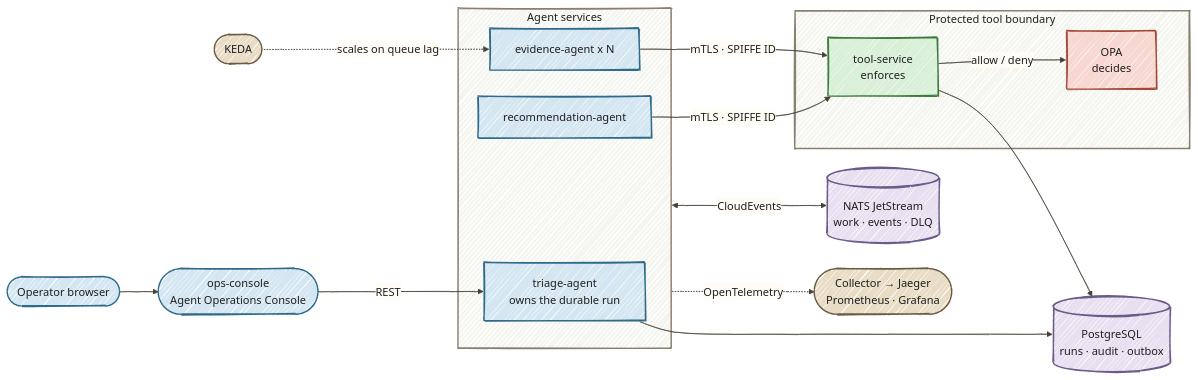
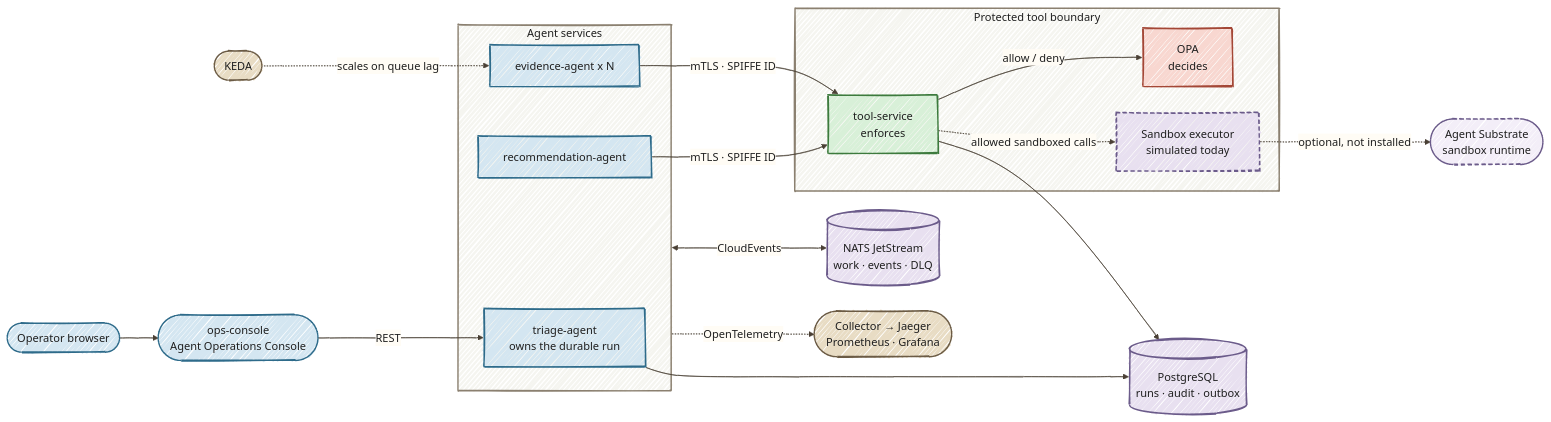
One commit to danieloh30/many-agents-one-platform changed the diagram in README.md. Above: the diagram before and after it, drawn with Mermaid. The commit also changed 1 other file, not shown here.

Commit message:
Show the sandbox executor in the architecture overview
The overview diagrams on the tutorial landing page and in the README now show the sandbox executor behind tool-service, marked as simulated, and Agent Substrate as an optional runtime that is not installed. The building-block table lists both.

````diff
--- a/README.md
+++ b/README.md
@@ -31,39 +31,44 @@
 ```mermaid
 %%{init: {"look":"handDrawn","theme":"base","themeVariables":{"darkMode":false,"background":"#FFFCF5","primaryColor":"#D4E6F1","primaryBorderColor":"#2E6B8A","primaryTextColor":"#1F1F1F","secondaryColor":"#D8F0D8","secondaryTextColor":"#1F1F1F","tertiaryColor":"#E8DCC4","tertiaryTextColor":"#1F1F1F","textColor":"#1F1F1F","lineColor":"#4A4035","edgeLabelBackground":"#FFFCF5","clusterBkg":"#F5F5F0","clusterBorder":"#6B5B45","fontSize":"16px"},"flowchart":{"nodeSpacing":35,"rankSpacing":55,"padding":18,"curve":"basis"}}}%%
 flowchart LR
     USER([Operator browser]) --> CONSOLE([ops-console<br/>Agent Operations Console])
     CONSOLE -->|REST| TRIAGE
 
     subgraph AGENTS[Agent services]
         TRIAGE[triage-agent<br/>owns the durable run]
         EVIDENCE[evidence-agent x N]
         RECO[recommendation-agent]
     end
 
     AGENTS <-->|CloudEvents| NATS[(NATS JetStream<br/>work · events · DLQ)]
     EVIDENCE -->|mTLS · SPIFFE ID| TOOLS
     RECO -->|mTLS · SPIFFE ID| TOOLS
 
     subgraph BOUNDARY[Protected tool boundary]
         TOOLS[tool-service<br/>enforces] -->|allow / deny| OPA[OPA<br/>decides]
+        TOOLS -.->|allowed sandboxed calls| SANDBOX[Sandbox executor<br/>simulated today]
     end
+
+    SANDBOX -.->|optional, not installed| SUBSTRATE([Agent Substrate<br/>sandbox runtime])
 
     TRIAGE --> PG[(PostgreSQL<br/>runs · audit · outbox)]
     TOOLS --> PG
     KEDA([KEDA]) -.->|scales on queue lag| EVIDENCE
     AGENTS -.->|OpenTelemetry| OBS([Collector → Jaeger<br/>Prometheus · Grafana])
 
     style USER fill:#D4E6F1,stroke:#2E6B8A,color:#1F1F1F,stroke-width:2px
     style CONSOLE fill:#D4E6F1,stroke:#2E6B8A,color:#1F1F1F,stroke-width:2px
     style AGENTS fill:#F5F5F0,stroke:#8B8070,color:#1F1F1F,stroke-width:2px
     style TRIAGE fill:#D4E6F1,stroke:#2E6B8A,color:#1F1F1F,stroke-width:2px
     style EVIDENCE fill:#D4E6F1,stroke:#2E6B8A,color:#1F1F1F,stroke-width:2px
     style RECO fill:#D4E6F1,stroke:#2E6B8A,color:#1F1F1F,stroke-width:2px
     style NATS fill:#E8E0F0,stroke:#6B5B8A,color:#1F1F1F,stroke-width:2px
     style PG fill:#E8E0F0,stroke:#6B5B8A,color:#1F1F1F,stroke-width:2px
     style BOUNDARY fill:#F5F5F0,stroke:#8B8070,color:#1F1F1F,stroke-width:2px
     style TOOLS fill:#D8F0D8,stroke:#3D7A3D,color:#1F1F1F,stroke-width:2px
     style OPA fill:#F8D7D0,stroke:#A34736,color:#1F1F1F,stroke-width:2px
+    style SANDBOX fill:#E8E0F0,stroke:#6B5B8A,color:#1F1F1F,stroke-width:2px,stroke-dasharray: 6 4
+    style SUBSTRATE fill:#F3EEF8,stroke:#6B5B8A,color:#1F1F1F,stroke-width:2px,stroke-dasharray: 6 4
     style KEDA fill:#E8DCC4,stroke:#6B5B45,color:#1F1F1F,stroke-width:2px
     style OBS fill:#E8DCC4,stroke:#6B5B45,color:#1F1F1F,stroke-width:2px
 ```
````
